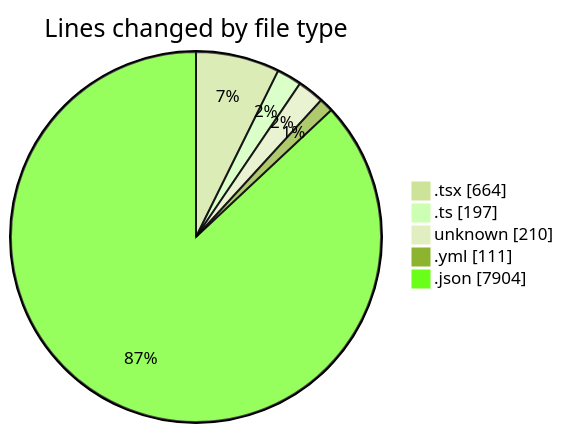
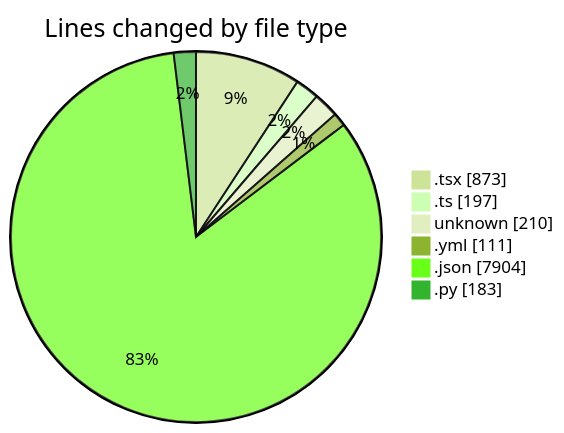
One commit to Elitesun/code-tracking changed the first of 2 diagrams in 2025-05-20/niten/README.md. Above: the diagram before and after it, drawn with Mermaid (forest theme). The commit also changed other lines of this file and 1 other file, not shown here.

````diff
--- a/2025-05-20/niten/README.md
+++ b/2025-05-20/niten/README.md
@@ -33,9 +36,10 @@
 ```mermaid
 pie showData
 title Lines changed by file type
-".tsx" : 664
+".tsx" : 873
 ".ts" : 197
 "unknown" : 210
 ".yml" : 111
 ".json" : 7904
+".py" : 183
 ```
````
